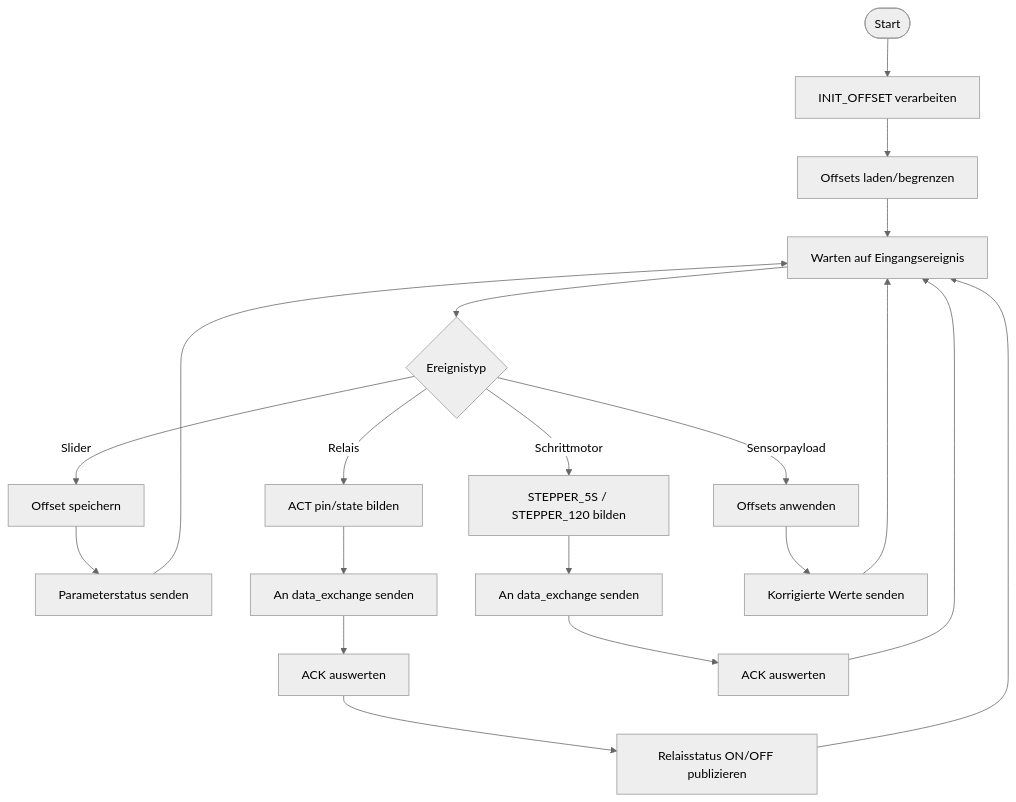
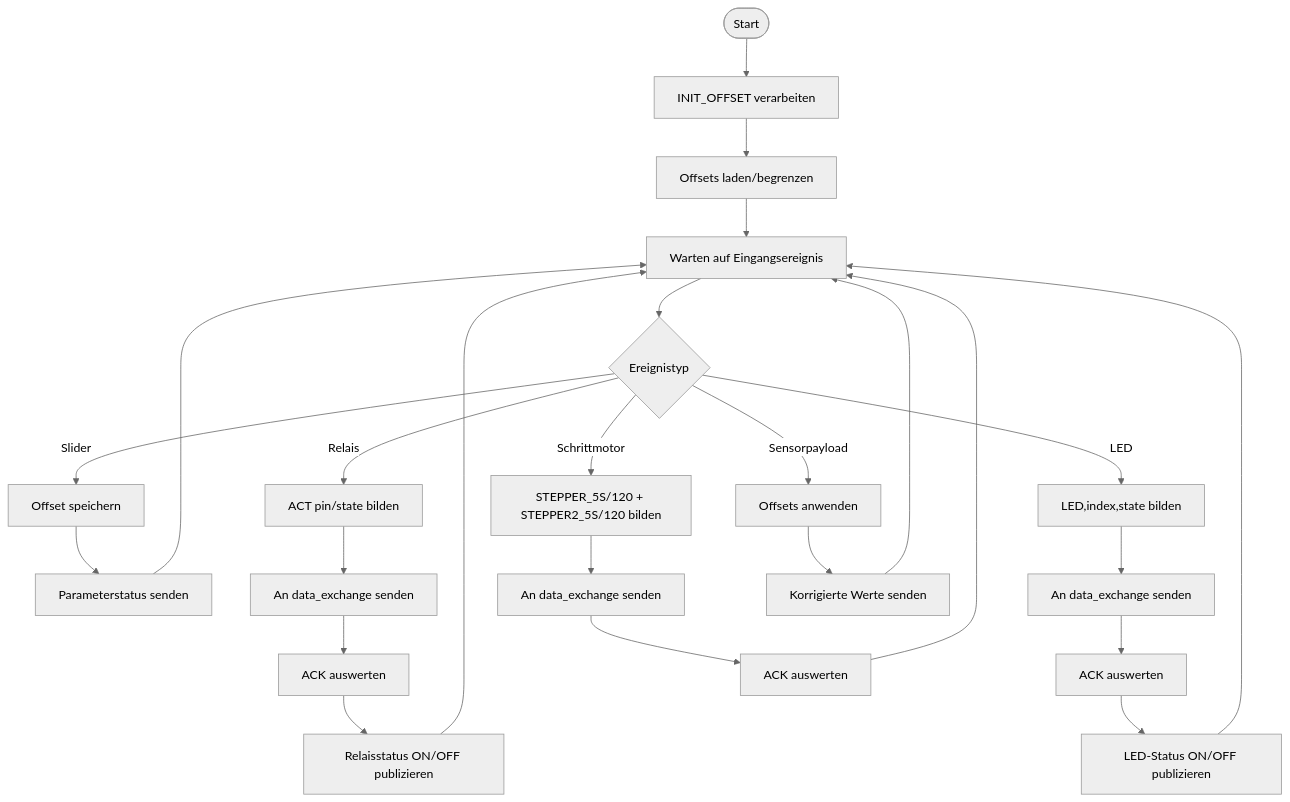
The fourth of 22 diagrams in PROJEKT_ARCHITEKTUR_PLAN.md (HerrnDK/Projekt), drawn with Mermaid (neutral theme) before and after one commit. The commit also changed other lines of this file and 15 other files, not shown here.

````diff
--- a/PROJEKT_ARCHITEKTUR_PLAN.md
+++ b/PROJEKT_ARCHITEKTUR_PLAN.md
@@ -68,26 +68,32 @@
 ```mermaid
 flowchart TD
   S([Start]) --> I0["INIT_OFFSET verarbeiten"]
   I0 --> I1["Offsets laden/begrenzen"]
   I1 --> W["Warten auf Eingangsereignis"]
 
   W --> T{"Ereignistyp"}
   T -- Slider --> O0["Offset speichern"]
   O0 --> O1["Parameterstatus senden"]
   O1 --> W
 
   T -- Relais --> R0["ACT pin/state bilden"]
   R0 --> R1["An data_exchange senden"]
   R1 --> R2["ACK auswerten"]
   R2 --> R3["Relaisstatus ON/OFF publizieren"]
   R3 --> W
 
-  T -- Schrittmotor --> M0["STEPPER_5S / STEPPER_120 bilden"]
+  T -- LED --> L0["LED,index,state bilden"]
+  L0 --> L1["An data_exchange senden"]
+  L1 --> L2["ACK auswerten"]
+  L2 --> L3["LED-Status ON/OFF publizieren"]
+  L3 --> W
+
+  T -- Schrittmotor --> M0["STEPPER_5S/120 + STEPPER2_5S/120 bilden"]
   M0 --> M1["An data_exchange senden"]
   M1 --> M2["ACK auswerten"]
   M2 --> W
 
   T -- Sensorpayload --> S0["Offsets anwenden"]
   S0 --> S1["Korrigierte Werte senden"]
   S1 --> W
 ```
````
